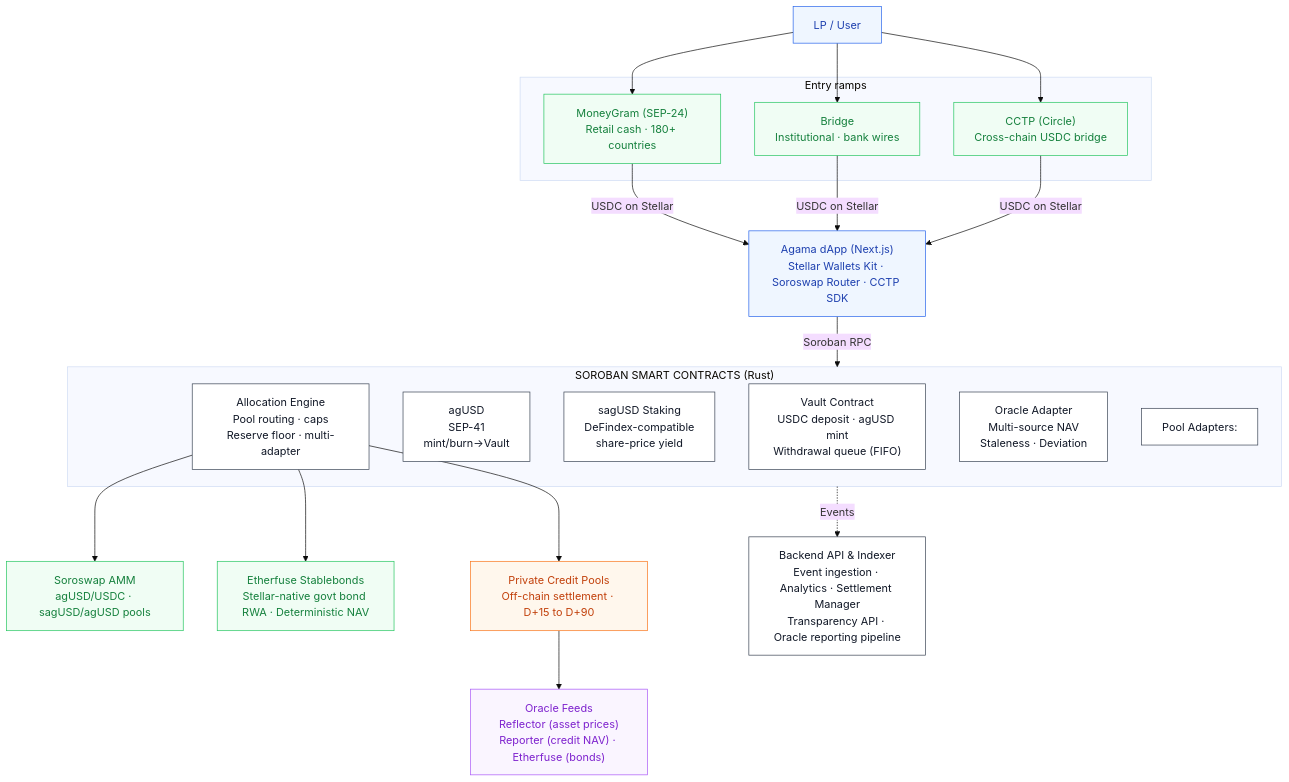
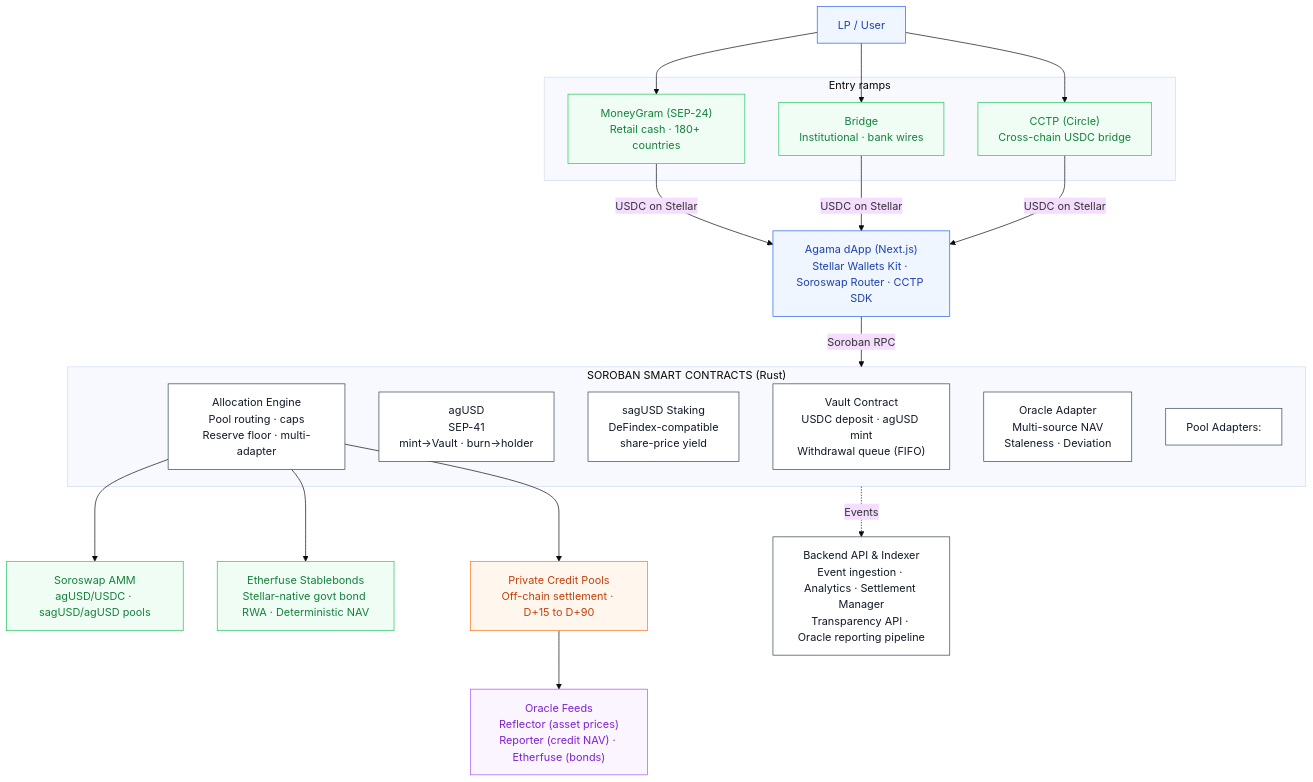
One commit to agamafinance/agama-soroban changed the diagram in docs/ARCHITECTURE.md. Above: the diagram before and after it, drawn with Mermaid (base theme). The commit also changed other lines of this file and 13 other files, not shown here.

````diff
--- a/docs/ARCHITECTURE.md
+++ b/docs/ARCHITECTURE.md
@@ -151,52 +155,52 @@
 ```mermaid
 flowchart TB
     LP["LP / User"]
 
     subgraph ramps["Entry ramps"]
         MONEYGRAM["MoneyGram (SEP-24)<br/>Retail cash · 180+ countries"]
         BRIDGE["Bridge<br/>Institutional · bank wires"]
         CCTP["CCTP (Circle)<br/>Cross-chain USDC bridge"]
     end
 
     DAPP["Agama dApp (Next.js)<br/>Stellar Wallets Kit · Soroswap Router · CCTP SDK"]
 
     subgraph soroban["SOROBAN SMART CONTRACTS (Rust)"]
         VAULT["Vault Contract<br/>USDC deposit · agUSD mint<br/>Withdrawal queue (FIFO)"]
-        AGUSD["agUSD<br/>SEP-41<br/>mint/burn→Vault"]
+        AGUSD["agUSD<br/>SEP-41<br/>mint→Vault · burn→holder"]
         SAGUSD["sagUSD Staking<br/>DeFindex-compatible<br/>share-price yield"]
         ENGINE["Allocation Engine<br/>Pool routing · caps<br/>Reserve floor · multi-adapter"]
         ORACLE["Oracle Adapter<br/>Multi-source NAV<br/>Staleness · Deviation"]
         ADAPTERS["Pool Adapters:"]
     end
 
     SOROSWAP["Soroswap AMM<br/>agUSD/USDC · sagUSD/agUSD pools"]
     STABLEBONDS["Etherfuse Stablebonds<br/>Stellar-native govt bond RWA · Deterministic NAV"]
     CREDIT["Private Credit Pools<br/>Off-chain settlement · D+15 to D+90"]
     FEEDS["Oracle Feeds<br/>Reflector (asset prices)<br/>Reporter (credit NAV) · Etherfuse (bonds)"]
     BACKEND["Backend API & Indexer<br/>Event ingestion · Analytics · Settlement Manager<br/>Transparency API · Oracle reporting pipeline"]
 
     LP --> MONEYGRAM
     LP --> BRIDGE
     LP --> CCTP
     MONEYGRAM -->|"USDC on Stellar"| DAPP
     BRIDGE -->|"USDC on Stellar"| DAPP
     CCTP -->|"USDC on Stellar"| DAPP
     DAPP -->|"Soroban RPC"| soroban
     ENGINE --> SOROSWAP
     ENGINE --> STABLEBONDS
     ENGINE --> CREDIT
     CREDIT --> FEEDS
     soroban -.->|"Events"| BACKEND
 
     classDef integration fill:#f0fdf4,stroke:#22c55e,color:#15803d
     classDef core fill:#ffffff,stroke:#374151,color:#111827
     classDef offchain fill:#fff7ed,stroke:#f97316,color:#c2410c
     classDef feed fill:#faf5ff,stroke:#a855f7,color:#7e22ce
     classDef actor fill:#eff6ff,stroke:#2563eb,color:#1e40af
 
     class LP,DAPP actor
     class MONEYGRAM,BRIDGE,CCTP,SOROSWAP,STABLEBONDS integration
     class VAULT,AGUSD,SAGUSD,ENGINE,ORACLE,ADAPTERS,BACKEND core
     class CREDIT offchain
     class FEEDS feed
 ```
````
